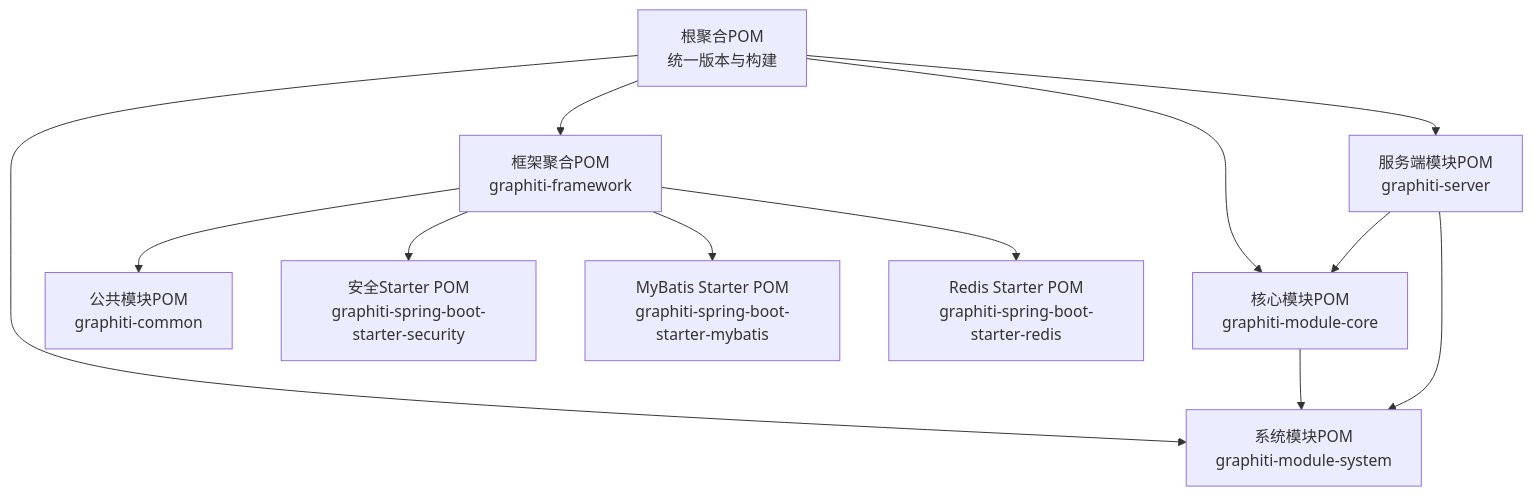
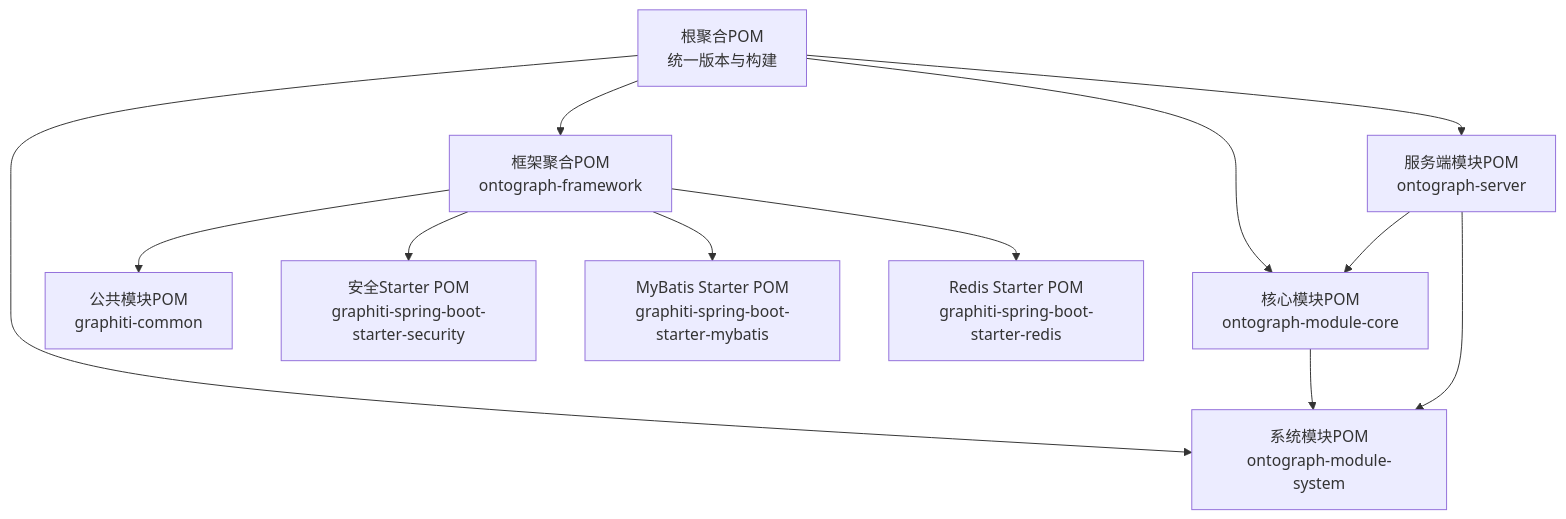
One commit to joezxh/graphiti-java changed the first of 7 diagrams in docs/manual/架构设计/模块化设计/模块化设计.md. Above: the diagram before and after it, drawn with Mermaid. The commit also changed other lines of this file and 200 other files, not shown here.

````diff
--- a/docs/manual/架构设计/模块化设计/模块化设计.md
+++ b/docs/manual/架构设计/模块化设计/模块化设计.md
@@ -48,14 +48,14 @@
 ```mermaid
 graph TB
-Root["根聚合POM<br/>统一版本与构建"] --> FW["框架聚合POM<br/>graphiti-framework"]
-Root --> SYS["系统模块POM<br/>graphiti-module-system"]
-Root --> CORE["核心模块POM<br/>graphiti-module-core"]
-Root --> SRV["服务端模块POM<br/>graphiti-server"]
+Root["根聚合POM<br/>统一版本与构建"] --> FW["框架聚合POM<br/>ontograph-framework"]
+Root --> SYS["系统模块POM<br/>ontograph-module-system"]
+Root --> CORE["核心模块POM<br/>ontograph-module-core"]
+Root --> SRV["服务端模块POM<br/>ontograph-server"]
 FW --> COM["公共模块POM<br/>graphiti-common"]
 FW --> SEC["安全Starter POM<br/>graphiti-spring-boot-starter-security"]
 FW --> MYB["MyBatis Starter POM<br/>graphiti-spring-boot-starter-mybatis"]
 FW --> RED["Redis Starter POM<br/>graphiti-spring-boot-starter-redis"]
 CORE --> SYS
 SRV --> SYS
 SRV --> CORE
 ```
````
